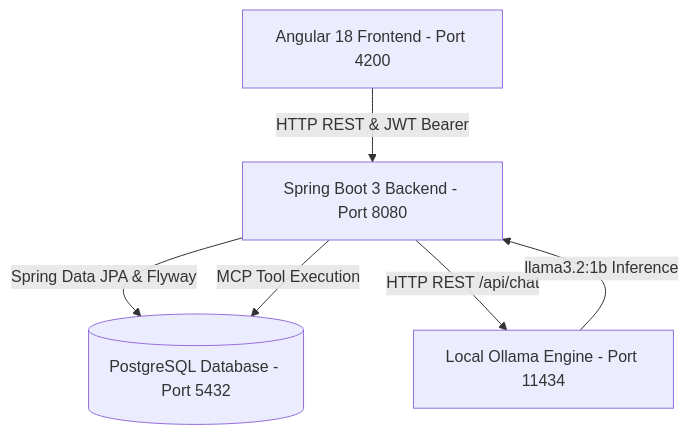
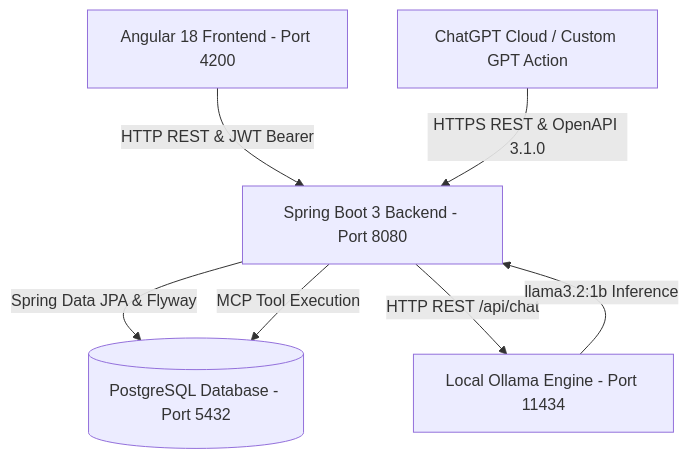
Before and after one commit to VaishnaviMD/flight-booking-system-: the diagram in PROJECT_DOCUMENTATION.md, drawn with Mermaid. The commit also changed other lines of this file and 13 other files, not shown here.

Commit message:
feat: add Claude Desktop MCP integration, ChatGPT Action schemas, and 1-click installer

````diff
--- a/PROJECT_DOCUMENTATION.md
+++ b/PROJECT_DOCUMENTATION.md
@@ -132,8 +130,9 @@
 ```mermaid
 graph TD
     A[Angular 18 Frontend - Port 4200] -->|HTTP REST & JWT Bearer| B[Spring Boot 3 Backend - Port 8080]
+    E[ChatGPT Cloud / Custom GPT Action] -->|HTTPS REST & OpenAPI 3.1.0| B
     B -->|Spring Data JPA & Flyway| C[(PostgreSQL Database - Port 5432)]
     B -->|MCP Tool Execution| C
     B -->|HTTP REST /api/chat| D[Local Ollama Engine - Port 11434]
     D -->|llama3.2:1b Inference| B
 ```
````
